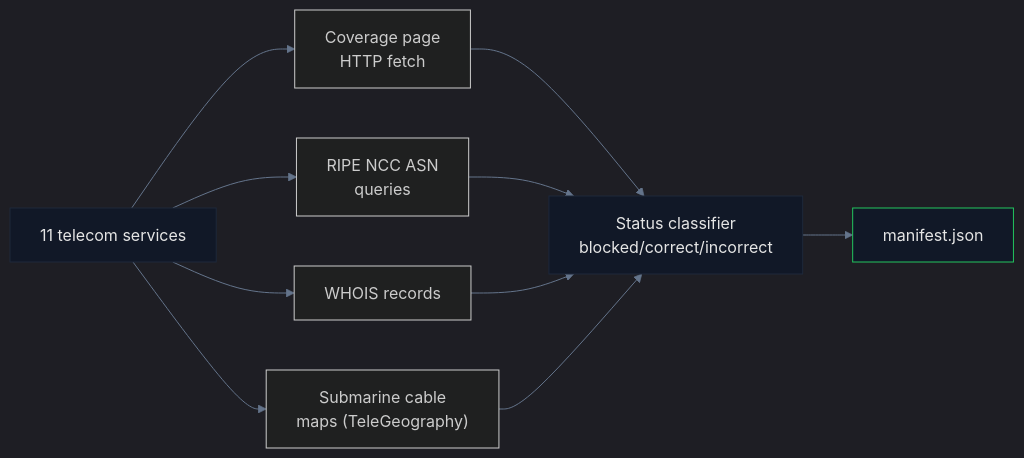
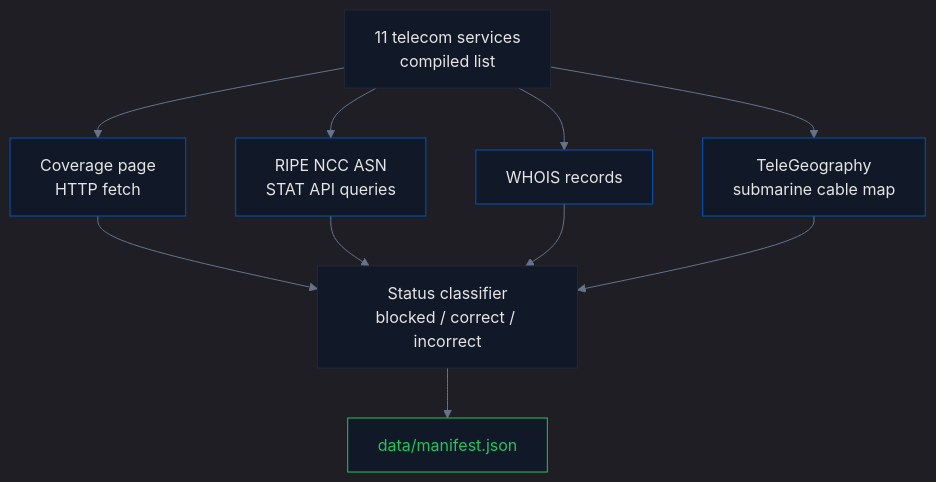
Before and after one commit to IvanDobrovolsky/crimeaisukraine: the diagram in pipelines/telecom/README.md, drawn with Mermaid. The commit also changed other lines of this file and 6 other files, not shown here.

````diff
--- a/pipelines/telecom/README.md
+++ b/pipelines/telecom/README.md
@@ -20,17 +50,21 @@
 ```mermaid
-%%{init: {'theme': 'dark', 'themeVariables': {'primaryColor': '#0057b7', 'secondaryColor': '#ffd700', 'primaryTextColor': '#e5e5e5', 'lineColor': '#64748b', 'primaryBorderColor': '#1e293b'}}}%%
-graph LR
-  A["11 telecom services"] --> B["Coverage page<br/>HTTP fetch"]
-  A --> C["RIPE NCC ASN<br/>queries"]
-  A --> D["WHOIS records"]
-  A --> E["Submarine cable<br/>maps (TeleGeography)"]
-  B --> F["Status classifier<br/>blocked/correct/incorrect"]
-  C --> F
-  D --> F
-  E --> F
-  F --> G["manifest.json"]
+%%{init: {'theme': 'dark', 'themeVariables': {'primaryColor': '#0057b7', 'primaryTextColor': '#e5e5e5', 'lineColor': '#64748b', 'primaryBorderColor': '#1e293b'}}}%%
+graph TB
+    A["11 telecom services<br/>compiled list"] --> B["Coverage page<br/>HTTP fetch"]
+    A --> C["RIPE NCC ASN<br/>STAT API queries"]
+    A --> D["WHOIS records"]
+    A --> E["TeleGeography<br/>submarine cable map"]
+    B --> F["Status classifier<br/>blocked / correct / incorrect"]
+    C --> F
+    D --> F
+    E --> F
+    F --> G["data/manifest.json"]
 
-  style A fill:#111827,stroke:#1e293b,color:#e5e5e5
-  style F fill:#111827,stroke:#1e293b,color:#e5e5e5
-  style G fill:#111827,stroke:#22c55e,color:#e5e5e5
+    style A fill:#111827,stroke:#1e293b,color:#e5e5e5
+    style B fill:#111827,stroke:#0057b7,color:#e5e5e5
+    style C fill:#111827,stroke:#0057b7,color:#e5e5e5
+    style D fill:#111827,stroke:#0057b7,color:#e5e5e5
+    style E fill:#111827,stroke:#0057b7,color:#e5e5e5
+    style F fill:#111827,stroke:#1e293b,color:#e5e5e5
+    style G fill:#111827,stroke:#22c55e,color:#22c55e
 ```
````
